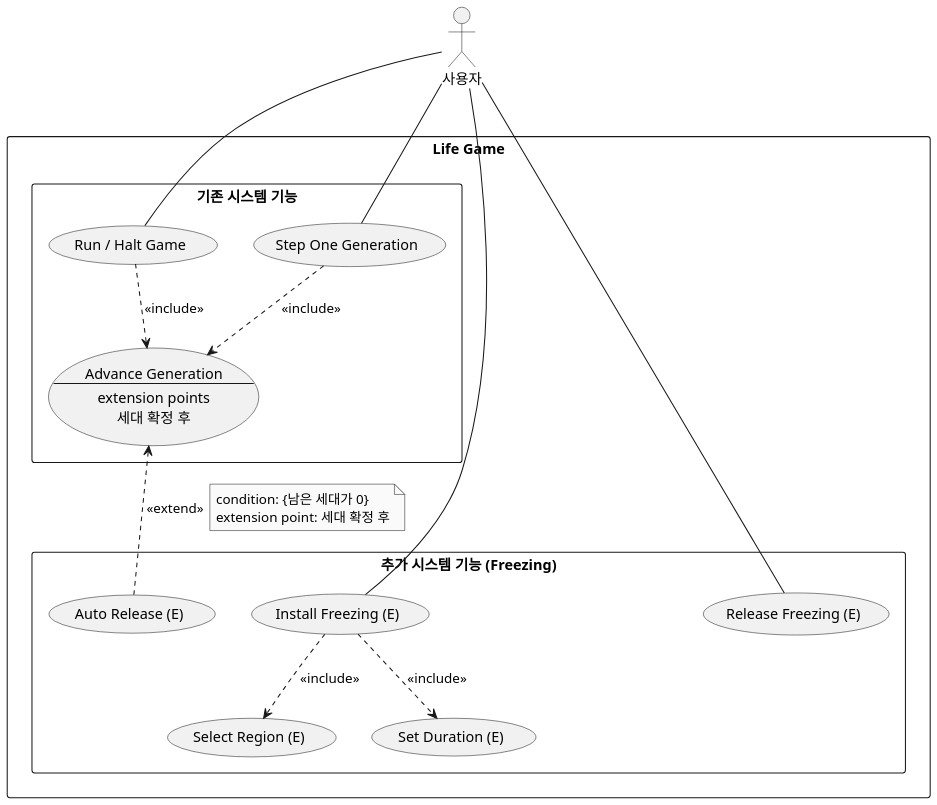
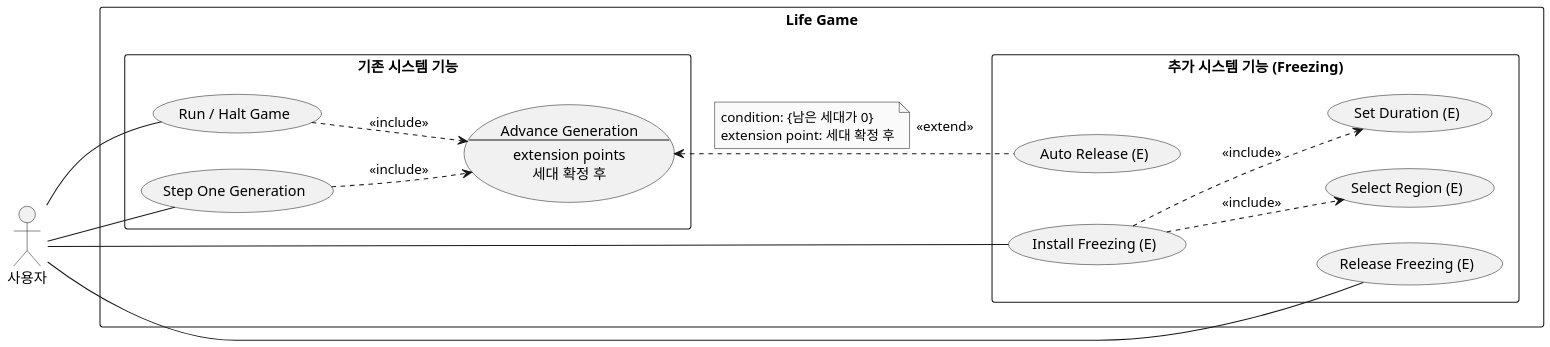
One commit to mckimR1972/DP_team_project changed the diagram in docs/freezing/diagram/usecase-freezing.puml. Above: the diagram before and after it, drawn with PlantUML. The commit also changed 1 other file, not shown here.

Commit message:
docs: 유스케이스 그림을 왼쪽에서 오른쪽 배치로 바꿈
- 사용자를 왼쪽에 두고 left to right로 그려, 사용자에서 오는 선이 상자
  제목과 겹치지 않으면서 Auto Release (E)가 다른 확장 유스케이스와 함께
  놓이게 했다.
- 조건 노트를 «extend» 왼쪽에 두었다.
- 점선이 원에 붙도록 ranksep을 67로 정했다.

```diff
--- a/docs/freezing/diagram/usecase-freezing.puml
+++ b/docs/freezing/diagram/usecase-freezing.puml
@@ -1,48 +1,50 @@
 @startuml usecase-freezing
 skinparam monochrome true
 skinparam dpi 150
 skinparam shadowing false
 skinparam defaultFontName "Malgun Gothic"
 skinparam usecaseBackgroundColor #F1F1F1
-top to bottom direction
+' 사용자를 왼쪽에 두어 사용자에서 오는 선이 상자 제목과 겹치지 않게 한다
+left to right direction
+' 간격을 바꾸면 extend 점선이 점선의 빈 부분에서 끝나 원과 떨어져 보일 수 있다
+skinparam ranksep 67
 
 actor "사용자" as User
 
 rectangle "Life Game" {
   rectangle "기존 시스템 기능" as Original {
     usecase "Run / Halt Game" as Run
     usecase "Step One Generation" as Step
     usecase Advance as "Advance Generation
 --
 extension points
 세대 확정 후"
   }
 
   rectangle "추가 시스템 기능 (Freezing)" as Extended {
     usecase "Auto Release (E)" as Auto
-    ' 보이지 않는 빈칸: 가운데를 비워 사용자에서 오는 선이 제목과 겹치지 않게 한다.
-    ' 폭을 바꾸면 extend 점선의 끝이 점선 간격에 걸려 원에서 떨어져 보일 수 있다.
-    usecase "                                         " as Gap #transparent;line:transparent
     usecase "Install Freezing (E)" as Install
     usecase "Release Freezing (E)" as Release
     usecase "Select Region (E)" as Region
     usecase "Set Duration (E)" as Duration
   }
 }
 
 User -- Install
 User -- Release
+' Release를 Install 오른쪽 열에 두어 상자를 낮게 만든다
+Install -[hidden]- Release
 User -- Run
 User -- Step
 
 Install ..> Region : <<include>>
 Install ..> Duration : <<include>>
 Run ..> Advance : <<include>>
 Step ..> Advance : <<include>>
-' 화살표를 Auto에서 위로 그려야 <<extend>> 글자가 선 바로 옆에 붙는다
+' note left: 조건 노트를 <<extend>> 왼쪽에 둔다
 Auto .up.> Advance : <<extend>>
-note right on link
+note left on link
   condition: {남은 세대가 0}
   extension point: 세대 확정 후
 end note
 @enduml
```
